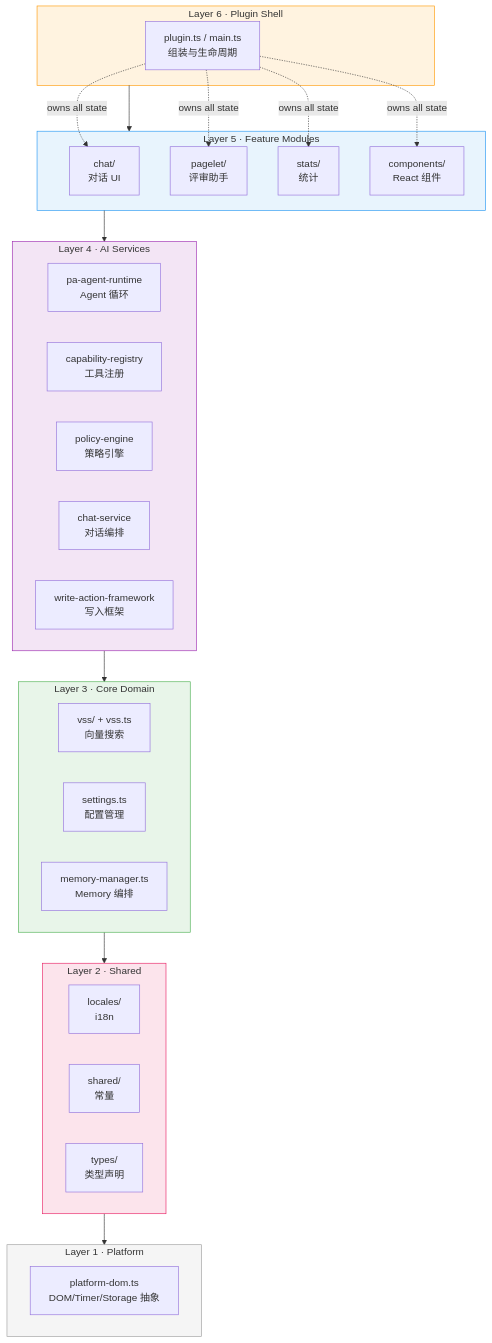
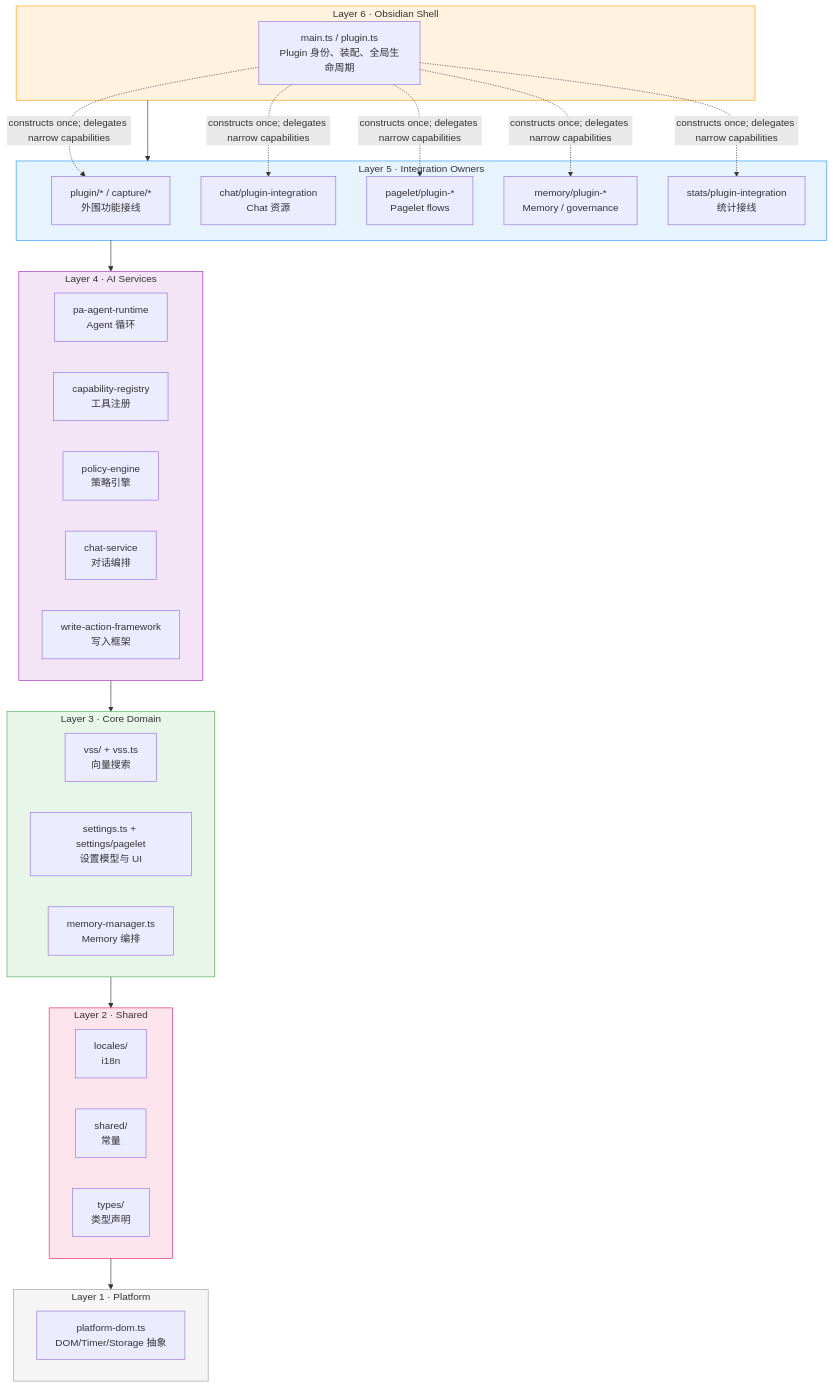
Before and after one commit to edonyzpc/personal-assistant: the fourth of 14 diagrams in docs/architecture/architecture-overview.md, drawn with Mermaid. The commit also changed other lines of this file and 12 other files, not shown here.

Commit message:
docs(plugin): record B-143 validated architecture

````diff
--- a/docs/architecture/architecture-overview.md
+++ b/docs/architecture/architecture-overview.md
@@ -272,52 +286,53 @@
 ```mermaid
 graph TB
-    subgraph L6["Layer 6 · Plugin Shell"]
-        L6A["plugin.ts / main.ts<br/>组装与生命周期"]
+    subgraph L6["Layer 6 · Obsidian Shell"]
+        L6A["main.ts / plugin.ts<br/>Plugin 身份、装配、全局生命周期"]
     end
 
-    subgraph L5["Layer 5 · Feature Modules"]
-        L5A["chat/<br/>对话 UI"]
-        L5B["pagelet/<br/>评审助手"]
-        L5C["stats/<br/>统计"]
-        L5D["components/<br/>React 组件"]
+    subgraph L5["Layer 5 · Integration Owners"]
+        L5A["plugin/* / capture/*<br/>外围功能接线"]
+        L5B["chat/plugin-integration<br/>Chat 资源"]
+        L5C["pagelet/plugin-*<br/>Pagelet flows"]
+        L5D["memory/plugin-*<br/>Memory / governance"]
+        L5E["stats/plugin-integration<br/>统计接线"]
     end
 
     subgraph L4["Layer 4 · AI Services"]
         L4A["pa-agent-runtime<br/>Agent 循环"]
         L4B["capability-registry<br/>工具注册"]
         L4C["policy-engine<br/>策略引擎"]
         L4D["chat-service<br/>对话编排"]
         L4E["write-action-framework<br/>写入框架"]
     end
 
     subgraph L3["Layer 3 · Core Domain"]
         L3A["vss/ + vss.ts<br/>向量搜索"]
-        L3B["settings.ts<br/>配置管理"]
+        L3B["settings.ts + settings/pagelet<br/>设置模型与 UI"]
         L3C["memory-manager.ts<br/>Memory 编排"]
     end
 
     subgraph L2["Layer 2 · Shared"]
         L2A["locales/<br/>i18n"]
         L2B["shared/<br/>常量"]
         L2C["types/<br/>类型声明"]
     end
 
     subgraph L1["Layer 1 · Platform"]
         L1A["platform-dom.ts<br/>DOM/Timer/Storage 抽象"]
     end
 
     L6 --> L5
     L5 --> L4
     L4 --> L3
     L3 --> L2
     L2 --> L1
 
-    L6A -.->|owns all state| L5A & L5B & L5C & L5D
+    L6A -.->|constructs once; delegates narrow capabilities| L5A & L5B & L5C & L5D & L5E
 
     style L6 fill:#fff3e0,stroke:#ff9800
     style L5 fill:#e8f4fd,stroke:#2196f3
     style L4 fill:#f3e5f5,stroke:#9c27b0
     style L3 fill:#e8f5e9,stroke:#4caf50
     style L2 fill:#fce4ec,stroke:#e91e63
     style L1 fill:#f5f5f5,stroke:#9e9e9e
 ```
````
